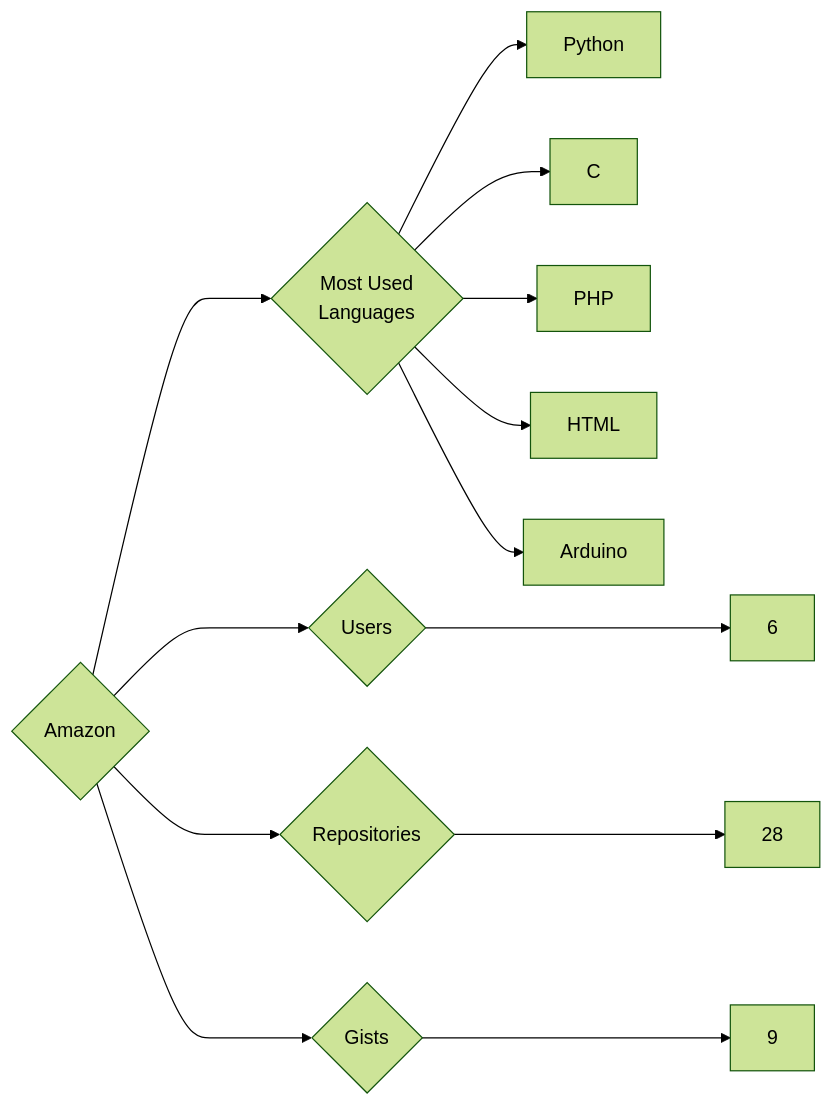
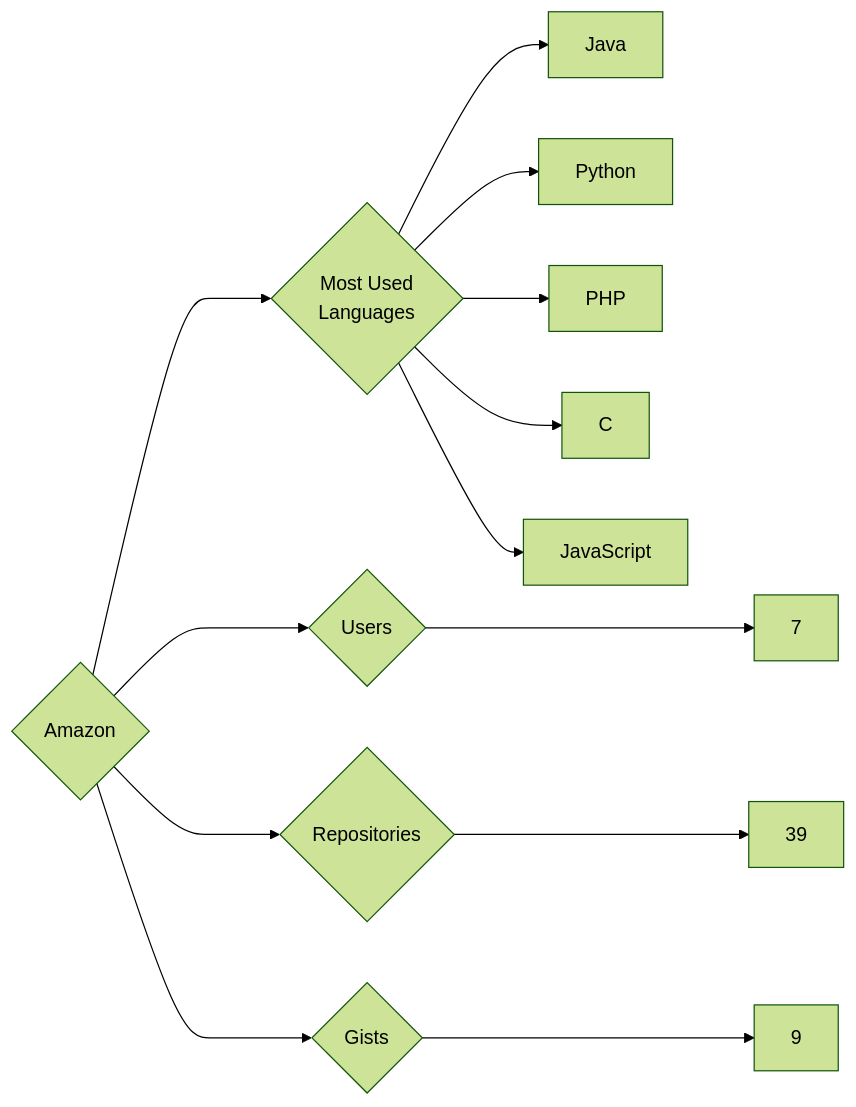
Before and after one commit to trickest/insiders: the diagram in targets/Amazon/README.md, drawn with Mermaid (forest theme). The commit also changed 1030 other files, not shown here.

````diff
--- a/targets/Amazon/README.md
+++ b/targets/Amazon/README.md
@@ -3,13 +3,13 @@
 ```mermaid
 graph LR
 COMPANY_NAME{Amazon}
-COMPANY_NAME ---> U{Users} ---> UN[6]
-COMPANY_NAME ---> R{Repositories} ---> RN[28]
+COMPANY_NAME ---> U{Users} ---> UN[7]
+COMPANY_NAME ---> R{Repositories} ---> RN[39]
 COMPANY_NAME ---> G{Gists} ---> GN[9]
 COMPANY_NAME ---> ML{Most Used<br>Languages}
+ML --> Java[Java]
 ML --> Python[Python]
+ML --> PHP[PHP]
 ML --> C[C]
-ML --> PHP[PHP]
-ML --> HTML[HTML]
-ML --> Arduino[Arduino]
+ML --> JavaScript[JavaScript]
 ```
````
